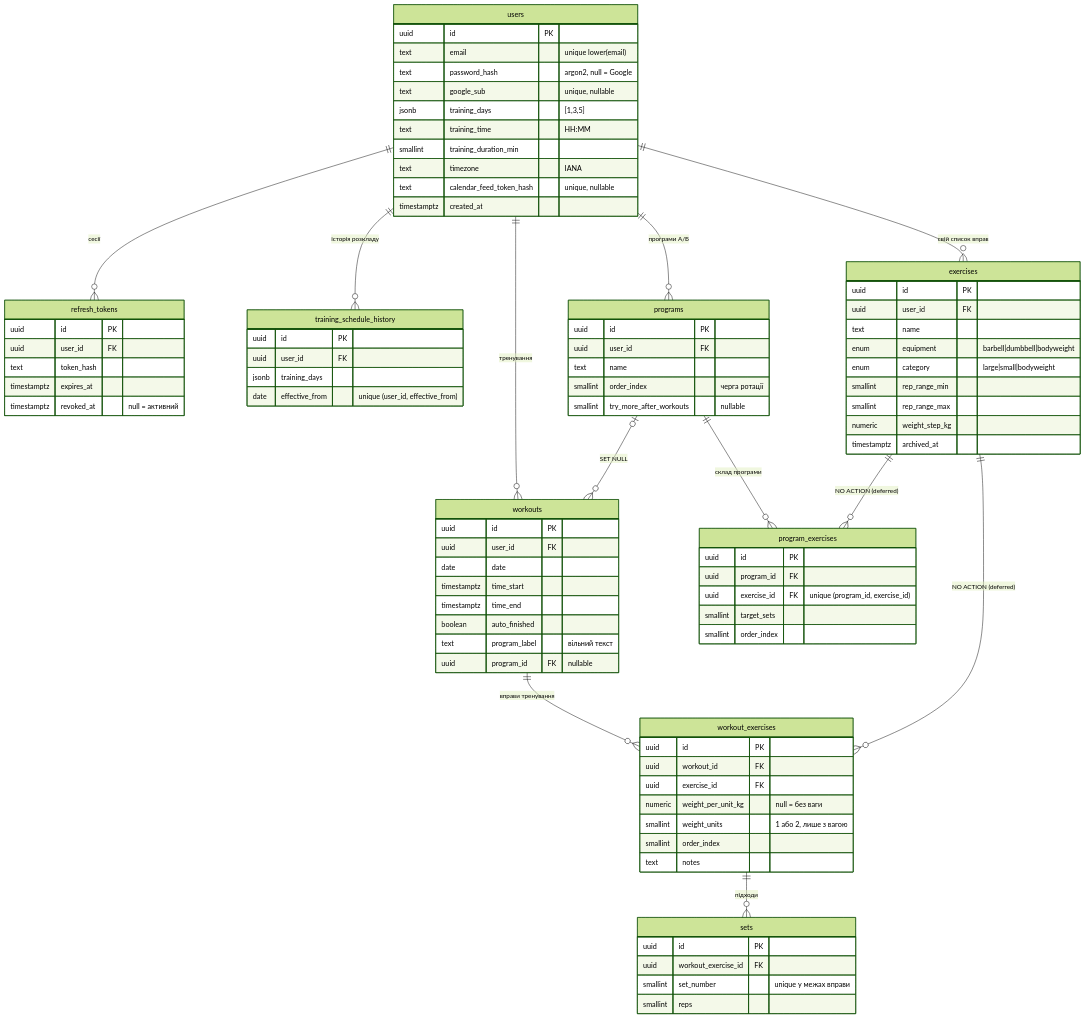
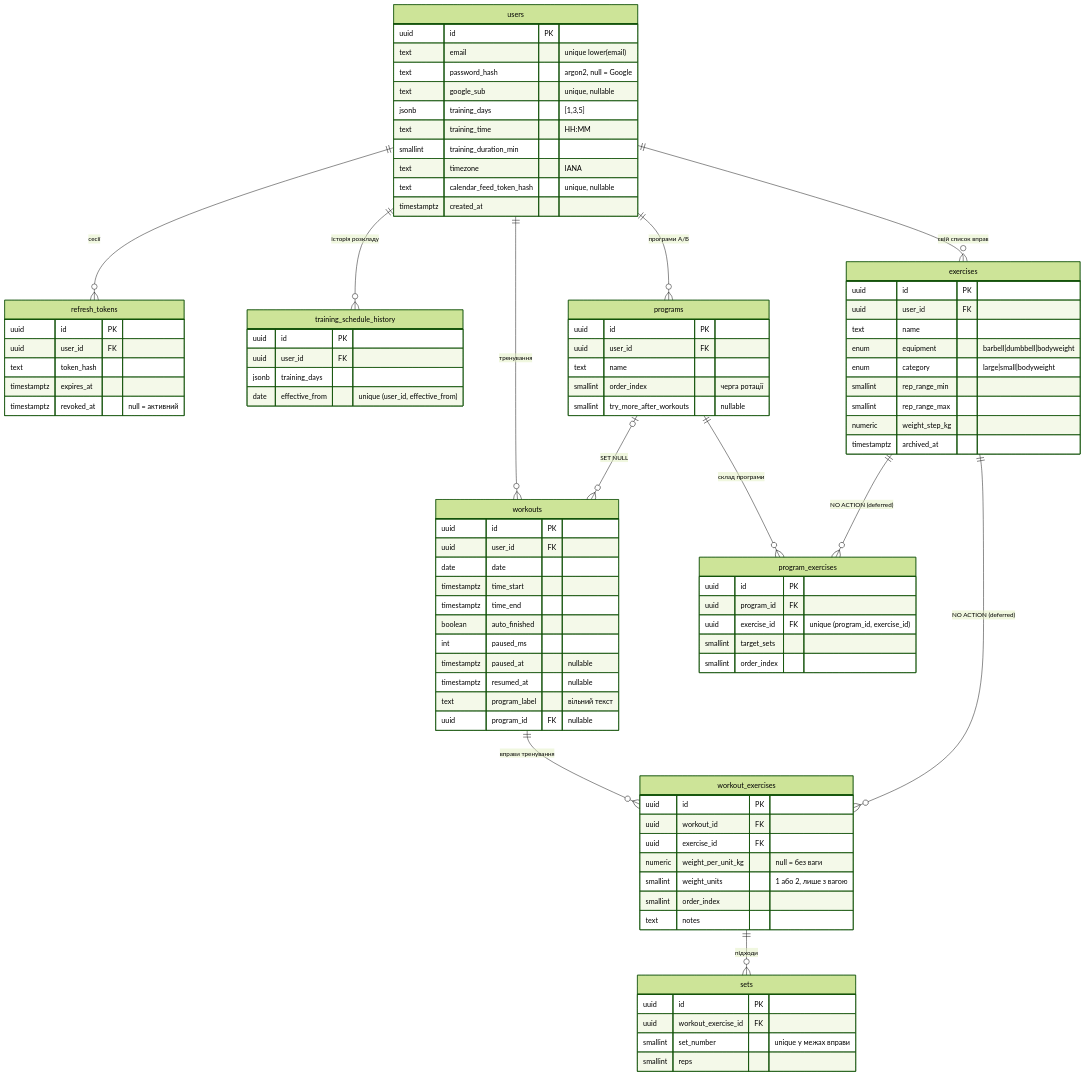
One commit to SergioBurlaka/MyGym changed the diagram in docs/db/ARCHITECTURE.md. Above: the diagram before and after it, drawn with Mermaid (forest theme). The commit also changed other lines of this file and 1 other file, not shown here.

Commit message:
docs(db): document workout pause columns and refresh schema dump

```diff
--- a/docs/db/ARCHITECTURE.md
+++ b/docs/db/ARCHITECTURE.md
@@ -80,6 +80,9 @@
         timestamptz time_start
         timestamptz time_end
         boolean auto_finished
+        int paused_ms
+        timestamptz paused_at "nullable"
+        timestamptz resumed_at "nullable"
         text program_label "вільний текст"
         uuid program_id FK "nullable"
     }
```
